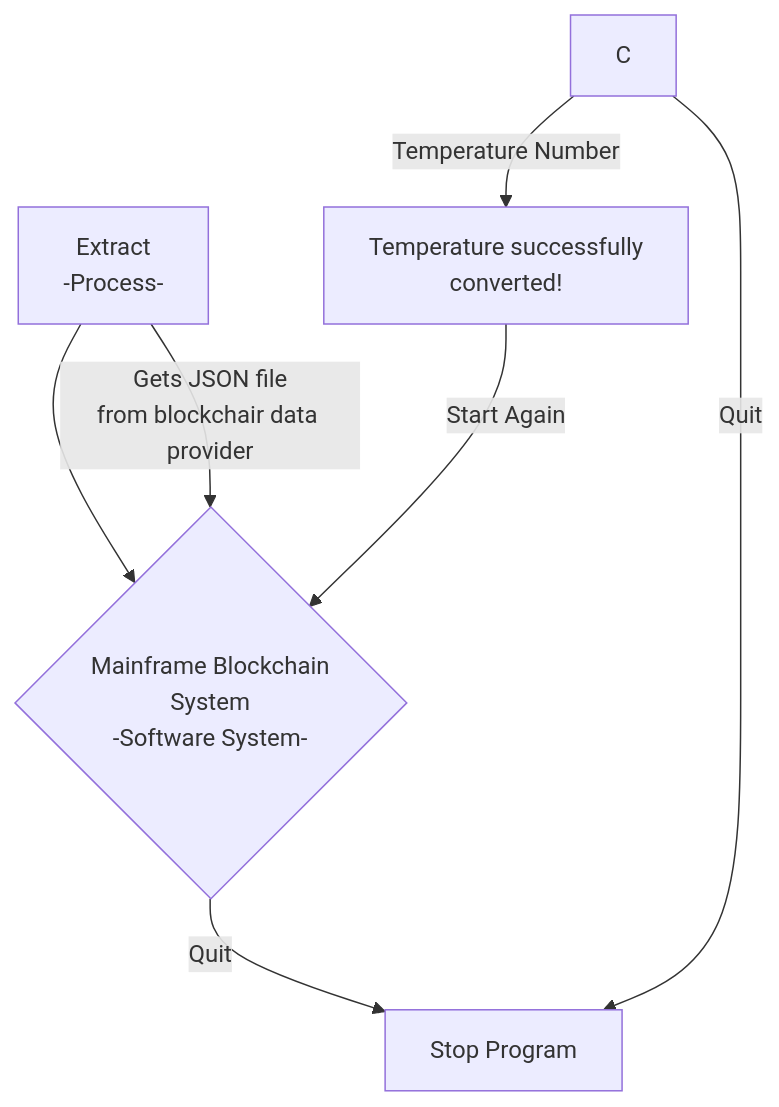
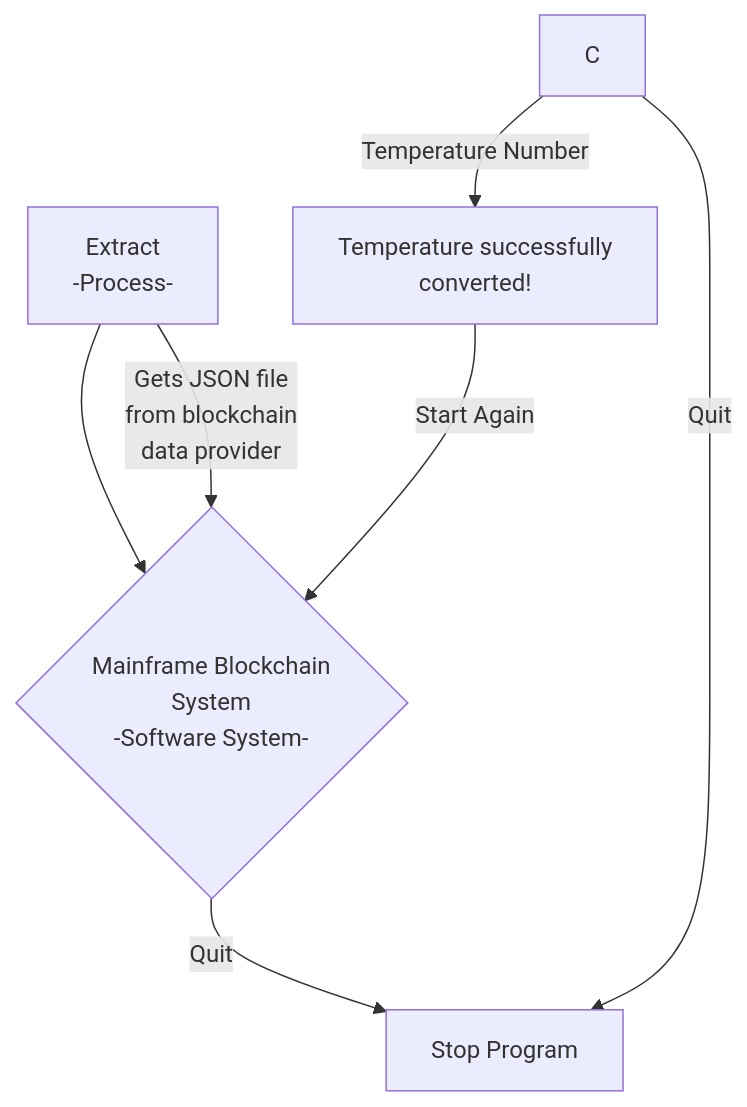
One commit to patmcfarland/one changed the diagram in README.md. Above: the diagram before and after it, drawn with Mermaid.

````diff
--- a/README.md
+++ b/README.md
@@ -1,9 +1,9 @@
 ```mermaid
 flowchart TD
 A[Extract<br>-Process-] -->B{tendermint<br>-Directory-}
-A -- Gets JSON file<br>from blockchair data provider --> B{Mainframe Blockchain<br>System<br>-Software System-} 
+A -- Gets JSON file<br>from blockchain<br>data provider --> B{Mainframe Blockchain<br>System<br>-Software System-} 
 C -- Temperature Number --> D[Temperature successfully<br>converted!] 
 D -- Start Again -->B
 B -- Quit --> E[Stop Program]
 C -- Quit --> E
 ```
````
